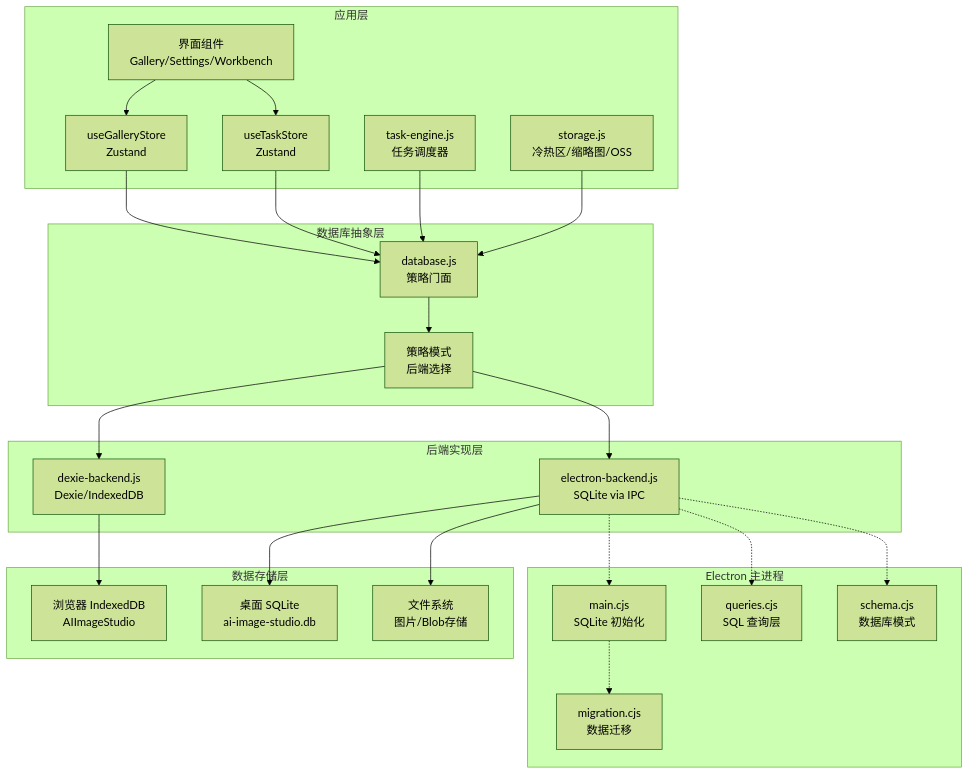
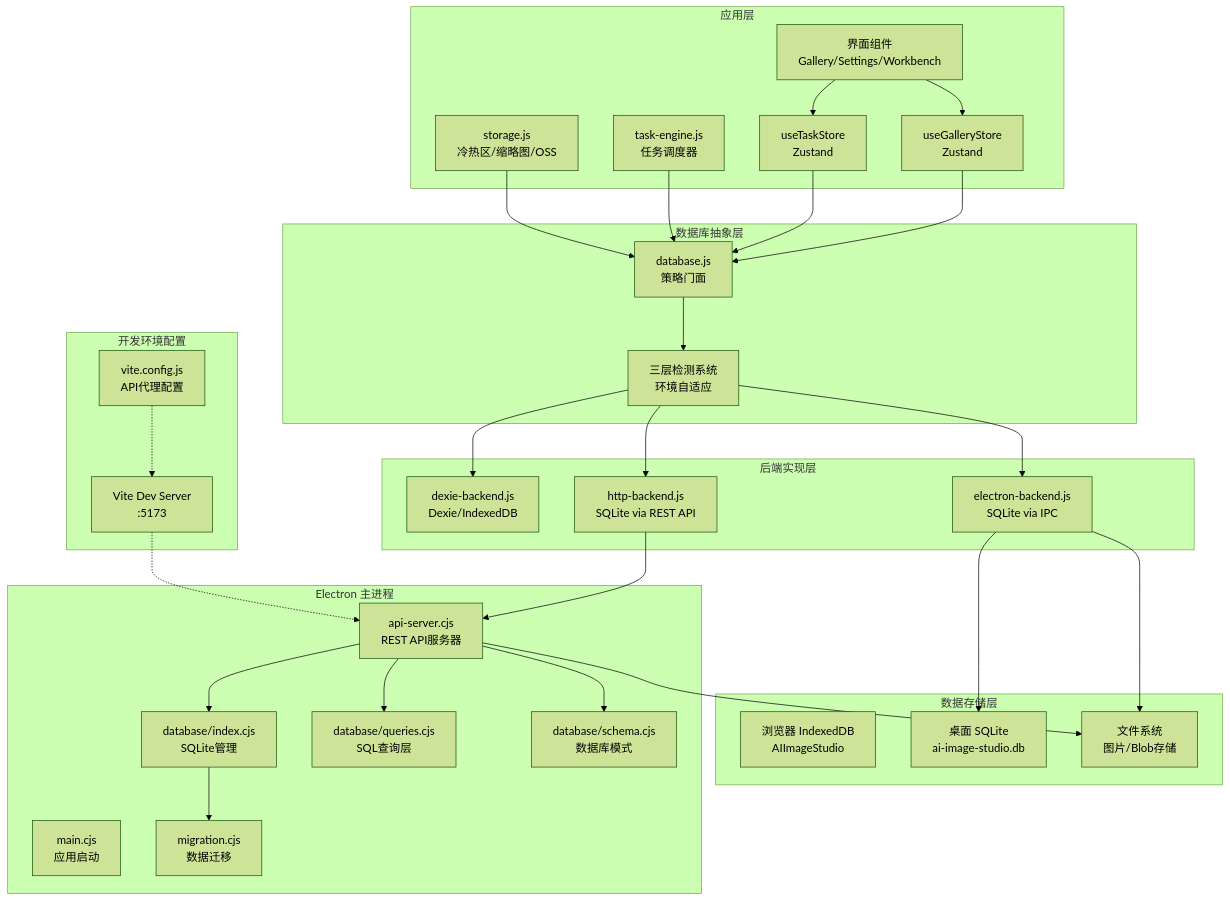
One commit to AlbusWei/AI-Image-Studio changed the first of 10 diagrams in .qoder/repowiki/zh/content/架构设计/数据流设计/数据库持久化.md. Above: the diagram before and after it, drawn with Mermaid (forest theme). The commit also changed other lines of this file and 26 other files, not shown here.

First line of the commit message:
fix: 修复 Electron 模式下 Gallery 无法显示图片的 3 个断裂点

````diff
--- a/.qoder/repowiki/zh/content/架构设计/数据流设计/数据库持久化.md
+++ b/.qoder/repowiki/zh/content/架构设计/数据流设计/数据库持久化.md
@@ -50,45 +54,56 @@
 ```mermaid
 graph TB
 subgraph "应用层"
 UI["界面组件<br/>Gallery/Settings/Workbench"]
 StoreG["useGalleryStore<br/>Zustand"]
 StoreT["useTaskStore<br/>Zustand"]
 Engine["task-engine.js<br/>任务调度器"]
 Storage["storage.js<br/>冷热区/缩略图/OSS"]
 end
 subgraph "数据库抽象层"
 Facade["database.js<br/>策略门面"]
-Strategy["策略模式<br/>后端选择"]
+Strategy["三层检测系统<br/>环境自适应"]
 end
 subgraph "后端实现层"
 DexieBackend["dexie-backend.js<br/>Dexie/IndexedDB"]
 ElectronBackend["electron-backend.js<br/>SQLite via IPC"]
+HttpBackend["http-backend.js<br/>SQLite via REST API"]
 end
 subgraph "数据存储层"
 BrowserDB["浏览器 IndexedDB<br/>AIImageStudio"]
 DesktopDB["桌面 SQLite<br/>ai-image-studio.db"]
 FileSystem["文件系统<br/>图片/Blob存储"]
+end
+subgraph "Electron 主进程"
+MainProc["main.cjs<br/>应用启动"]
+ApiServer["api-server.cjs<br/>REST API服务器"]
+DbIndex["database/index.cjs<br/>SQLite管理"]
+Queries["database/queries.cjs<br/>SQL查询层"]
+Schema["database/schema.cjs<br/>数据库模式"]
+Migration["migration.cjs<br/>数据迁移"]
+end
+subgraph "开发环境配置"
+ViteConfig["vite.config.js<br/>API代理配置"]
+DevServer["Vite Dev Server<br/>:5173"]
 end
 UI --> StoreG
 UI --> StoreT
 StoreG --> Facade
 StoreT --> Facade
 Engine --> Facade
 Storage --> Facade
 Facade --> Strategy
+Strategy --> ElectronBackend
+Strategy --> HttpBackend
 Strategy --> DexieBackend
-Strategy --> ElectronBackend
-DexieBackend --> BrowserDB
 ElectronBackend --> DesktopDB
 ElectronBackend --> FileSystem
-subgraph "Electron 主进程"
-MainProc["main.cjs<br/>SQLite 初始化"]
-Migration["migration.cjs<br/>数据迁移"]
-Queries["queries.cjs<br/>SQL 查询层"]
-Schema["schema.cjs<br/>数据库模式"]
-end
-ElectronBackend -.-> MainProc
-ElectronBackend -.-> Queries
-ElectronBackend -.-> Schema
-MainProc -.-> Migration
+HttpBackend --> ApiServer
+ApiServer --> DbIndex
+ApiServer --> Queries
+ApiServer --> Schema
+ApiServer --> FileSystem
+DbIndex --> Migration
+ViteConfig -.-> DevServer
+DevServer -.-> ApiServer
 ```
````
